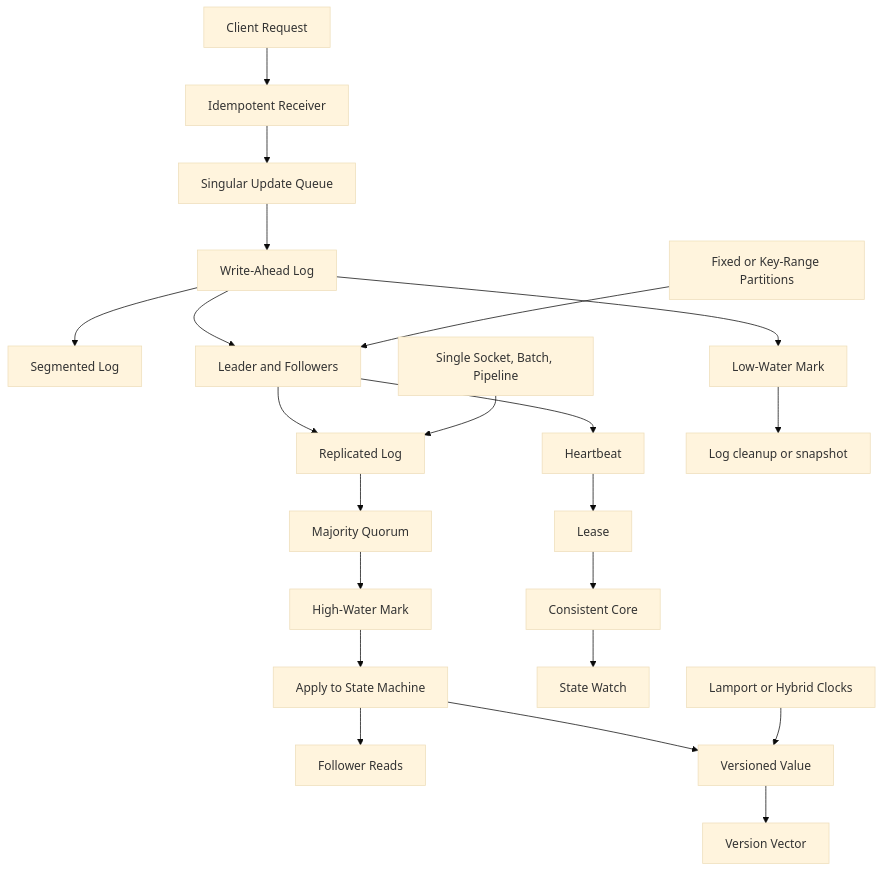
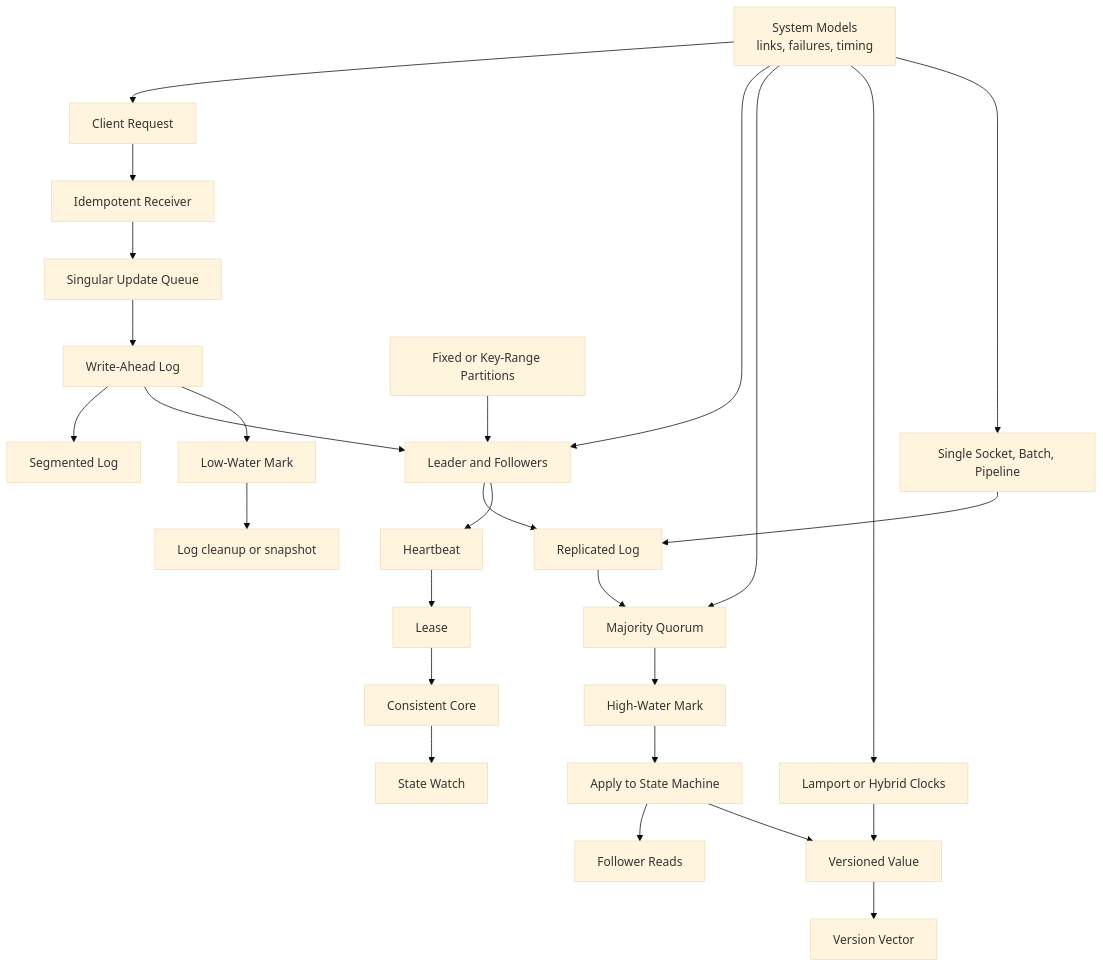
The diagram in docs/reference/pattern-map.md (ashokjjr/patterns-notes), drawn with Mermaid (base theme) before and after one commit. The commit also changed other lines of this file, not shown here.

Commit message:
Connect system models to pattern map

````diff
--- a/docs/reference/pattern-map.md
+++ b/docs/reference/pattern-map.md
@@ -5,28 +5,34 @@
 ```mermaid
 flowchart TD
-    Client[Client Request] --> Idem[Idempotent Receiver]
+    Models[System Models<br/>links, failures, timing] --> Client[Client Request]
+    Models --> Leader
+    Models --> Quorum
+    Models --> Time
+    Models --> Network
+
+    Client --> Idem[Idempotent Receiver]
     Idem --> Queue[Singular Update Queue]
     Queue --> WAL[Write-Ahead Log]
     WAL --> Seg[Segmented Log]
     WAL --> Leader[Leader and Followers]
     Leader --> RLog[Replicated Log]
     RLog --> Quorum[Majority Quorum]
     Quorum --> HWM[High-Water Mark]
     HWM --> Apply[Apply to State Machine]
     Apply --> FRead[Follower Reads]
 
     Leader --> HB[Heartbeat]
     HB --> Lease[Lease]
     Lease --> Core[Consistent Core]
     Core --> Watch[State Watch]
 
     WAL --> LWM[Low-Water Mark]
     LWM --> Cleanup[Log cleanup or snapshot]
 
     Apply --> Versioned[Versioned Value]
     Versioned --> VV[Version Vector]
 
     Partition[Fixed or Key-Range Partitions] --> Leader
     Time[Lamport or Hybrid Clocks] --> Versioned
     Network[Single Socket, Batch, Pipeline] --> RLog
 ```
````
